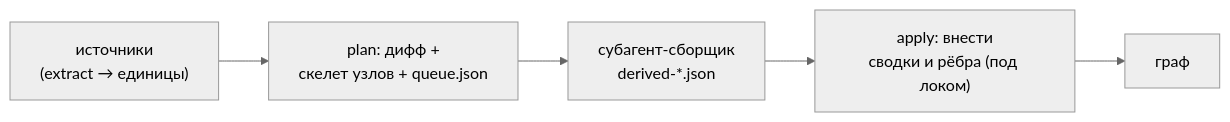
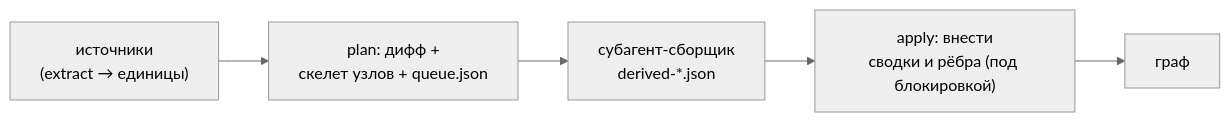
The first of 3 diagrams in docs/ru/architecture/05-reconcile.md (Kvazar123/llm-amg), drawn with Mermaid (neutral theme) before and after one commit. The commit also changed other lines of this file and 13 other files, not shown here.

````diff
--- a/docs/ru/architecture/05-reconcile.md
+++ b/docs/ru/architecture/05-reconcile.md
@@ -7,7 +7,7 @@
 ```mermaid
 flowchart LR
     SRC["источники<br/>(extract → единицы)"] --> PLAN["plan: дифф +<br/>скелет узлов + queue.json"]
     PLAN --> BLD["субагент-сборщик<br/>derived-*.json"]
-    BLD --> APP["apply: внести<br/>сводки и рёбра (под локом)"]
+    BLD --> APP["apply: внести<br/>сводки и рёбра (под блокировкой)"]
     APP --> G["граф"]
 ```
````
